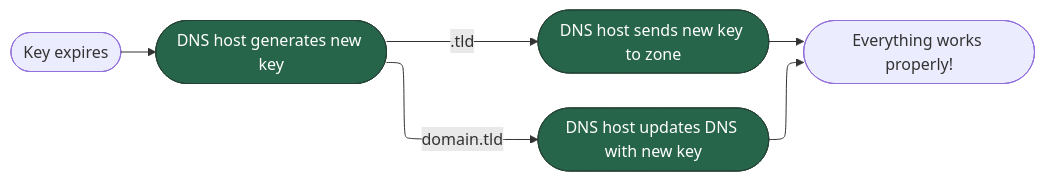
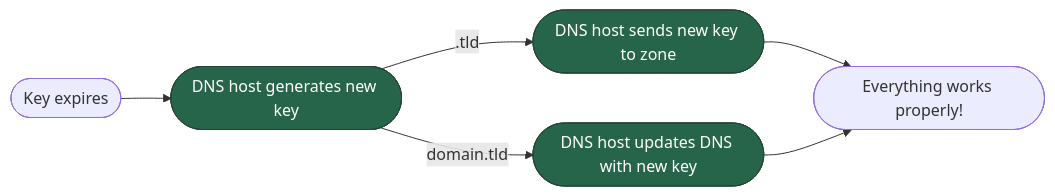
The third of 4 diagrams in DNSSEC.md (tecapps/presentations), drawn with Mermaid before and after one commit. The commit also changed other lines of this file, not shown here.

First line of the commit message:
📝 (DNSSEC.md): simplify Mermaid diagram syntax and formatting

````diff
--- a/DNSSEC.md
+++ b/DNSSEC.md
@@ -89,16 +79,12 @@
 ```mermaid
----
-config:
-  layout: elk
----
 flowchart LR
     KE(["Key expires"]) --> RG(["DNS host generates new key"])
     RG -- ".tld" --> RZ(["DNS host sends new key to zone"])
     RG -- "domain.tld" --> DH(["DNS host updates DNS with new key"])
     RZ & DH--> YAY(["Everything works properly!"])
 
      RG:::Pine
      RZ:::Pine
      DH:::Pine
     classDef Pine stroke-width:1px, stroke-dasharray:none, stroke:#254336, fill:#27654A, color:#FFFFFF
 ```
````
